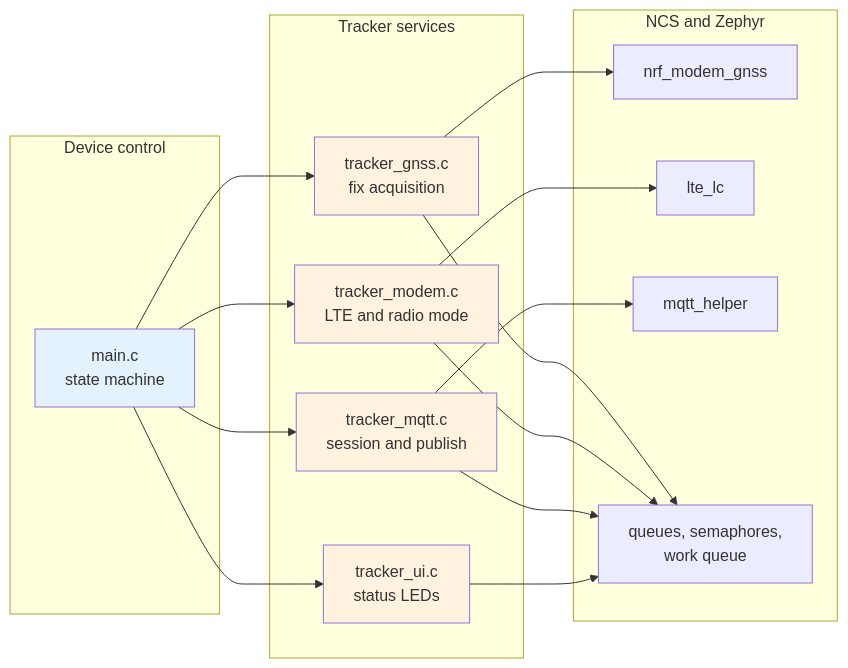
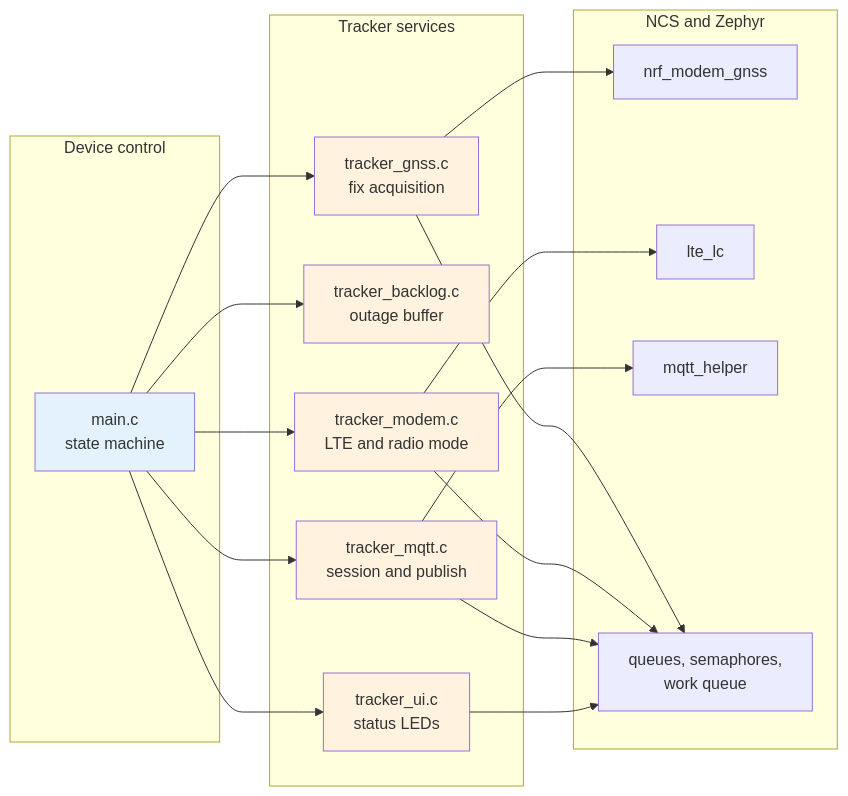
The first of 2 diagrams in myprojects/gps_mqtt_tracker/CODE_ARCHITECTURE.md (Faiisu/WildLifeTracking-NBIOT), drawn with Mermaid before and after one commit. The commit also changed other lines of this file and 11 other files, not shown here.

````diff
--- a/myprojects/gps_mqtt_tracker/CODE_ARCHITECTURE.md
+++ b/myprojects/gps_mqtt_tracker/CODE_ARCHITECTURE.md
@@ -24,38 +24,41 @@
 ```mermaid
 flowchart LR
     subgraph Control[Device control]
         Main[main.c<br/>state machine]
     end
 
     subgraph Services[Tracker services]
         GNSS[tracker_gnss.c<br/>fix acquisition]
+        Backlog[tracker_backlog.c<br/>outage buffer]
         Modem[tracker_modem.c<br/>LTE and radio mode]
         MQTT[tracker_mqtt.c<br/>session and publish]
         UI[tracker_ui.c<br/>status LEDs]
     end
 
     subgraph NCS[NCS and Zephyr]
         GNSSAPI[nrf_modem_gnss]
         LTEAPI[lte_lc]
         MQTTAPI[mqtt_helper]
         Kernel[queues, semaphores,<br/>work queue]
     end
 
     Main --> GNSS
+    Main --> Backlog
     Main --> Modem
     Main --> MQTT
     Main --> UI
     GNSS --> GNSSAPI
     Modem --> LTEAPI
     MQTT --> MQTTAPI
     GNSS --> Kernel
     Modem --> Kernel
     MQTT --> Kernel
     UI --> Kernel
 
     style Main fill:#e3f2fd
     style GNSS fill:#fff3e0
+    style Backlog fill:#fff3e0
     style Modem fill:#fff3e0
     style MQTT fill:#fff3e0
     style UI fill:#fff3e0
 ```
````
